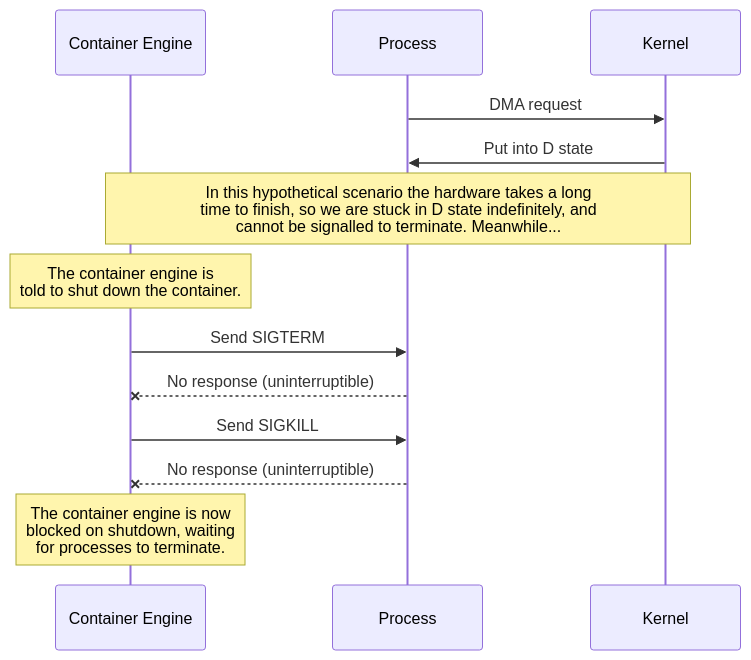
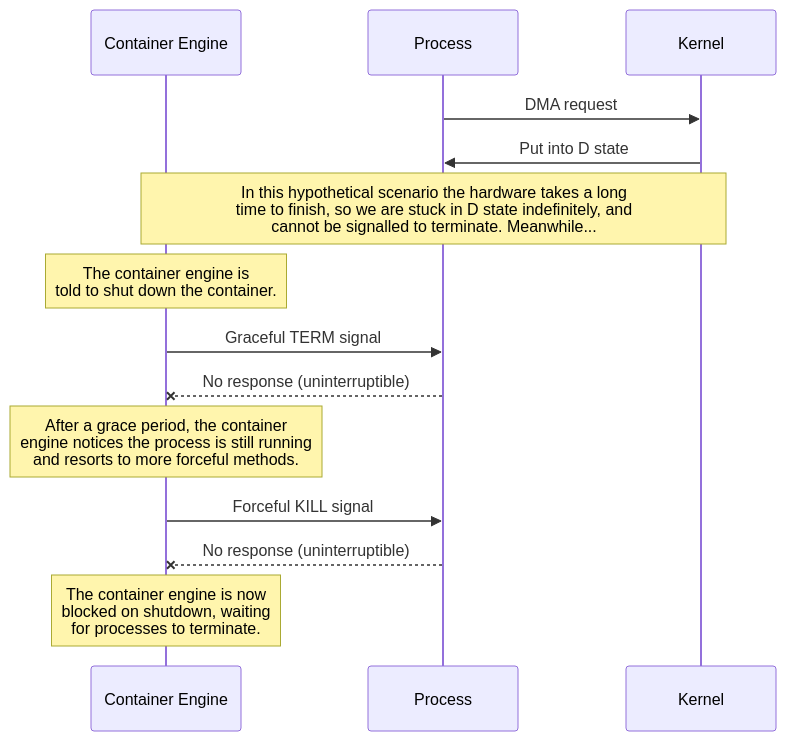
The diagram in _posts_todo/2024-01-23-reliably-creating-d-state-processes-on-demand.md (cdown/chrisdown.name), drawn with Mermaid before and after one commit. The commit also changed other lines of this file, not shown here.

Commit message:
vfork: Mention grace period

```diff
--- a/_posts_todo/2024-01-23-reliably-creating-d-state-processes-on-demand.md
+++ b/_posts_todo/2024-01-23-reliably-creating-d-state-processes-on-demand.md
@@ -67,20 +67,22 @@
 <div class="mermaid">
 sequenceDiagram
     participant CE as Container Engine
     participant P as Process
     participant K as Kernel
 
     P->>K: DMA request
     K->>P: Put into D state
 
     Note over CE,K: In this hypothetical scenario the hardware takes a long<br>time to finish, so we are stuck in D state indefinitely, and<br>cannot be signalled to terminate. Meanwhile...
 
     Note over CE: The container engine is<br>told to shut down the container.
-    CE->>P: Send SIGTERM
+    CE->>P: Graceful TERM signal
     P--xCE: No response (uninterruptible)
 
-    CE->>P: Send SIGKILL
+    Note over CE: After a grace period, the container<br>engine notices the process is still running<br>and resorts to more forceful methods.
+
+    CE->>P: Forceful KILL signal
     P--xCE: No response (uninterruptible)
 
     Note over CE: The container engine is now<br>blocked on shutdown, waiting<br>for processes to terminate.
 </div>
```
